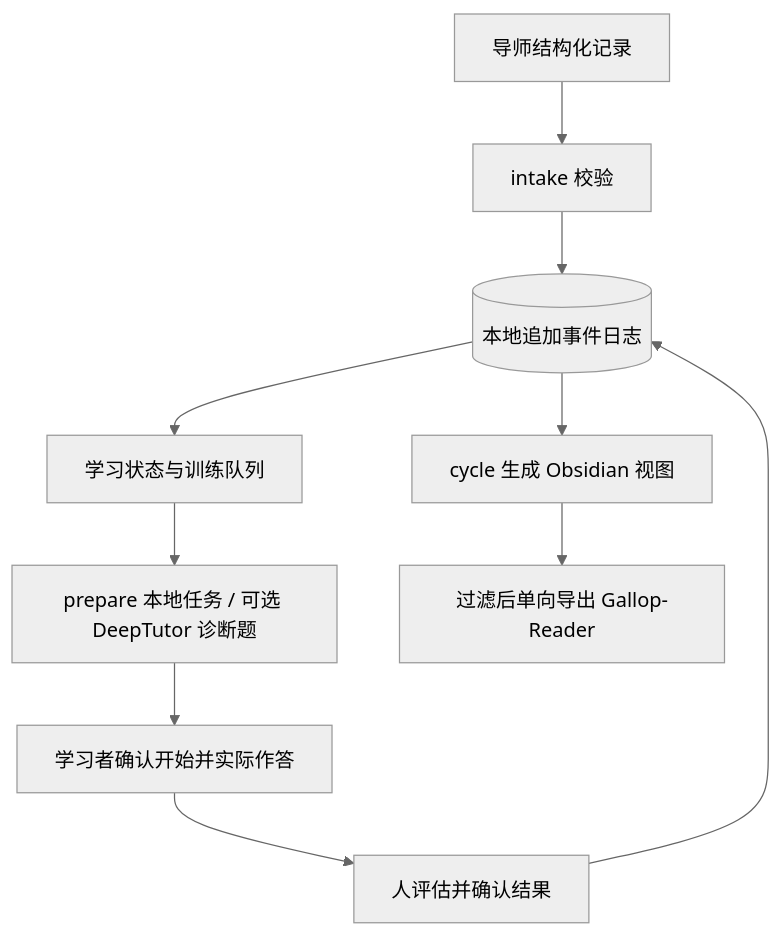
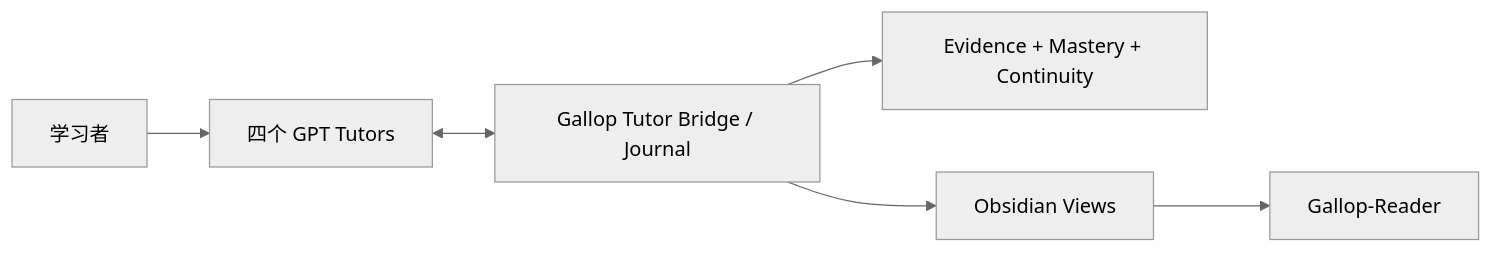
Before and after one commit to lucaschang2021/gallop: the diagram in README.md, drawn with Mermaid (neutral theme). The commit also changed other lines of this file, not shown here.

Commit message:
docs: refresh Gallop v1.2 Chinese overview

````diff
--- a/README.md
+++ b/README.md
@@ -87,12 +47,8 @@
 ```mermaid
-flowchart TD
-    T[导师结构化记录] --> I[intake 校验]
-    I --> E[(本地追加事件日志)]
-    E --> S[学习状态与训练队列]
-    S --> P[prepare 本地任务 / 可选 DeepTutor 诊断题]
-    P --> H[学习者确认开始并实际作答]
-    H --> A[人评估并确认结果]
-    A --> E
-    E --> V[cycle 生成 Obsidian 视图]
-    V --> R[过滤后单向导出 Gallop-Reader]
+flowchart LR
+    U[学习者] --> T[四个 GPT Tutors]
+    T <--> G[Gallop Tutor Bridge / Journal]
+    G --> E[Evidence + Mastery + Continuity]
+    G --> O[Obsidian Views]
+    O --> R[Gallop-Reader]
 ```
````
